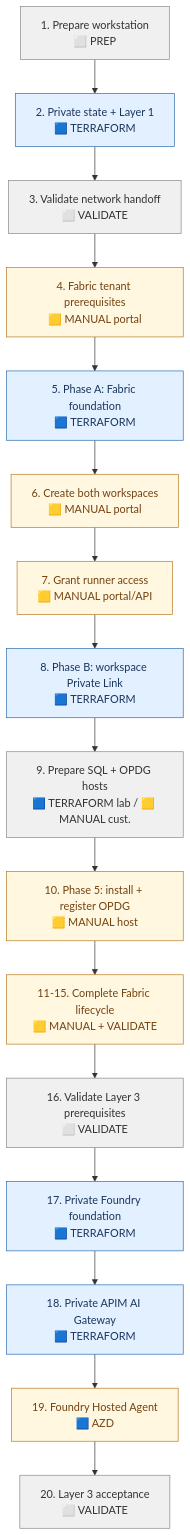
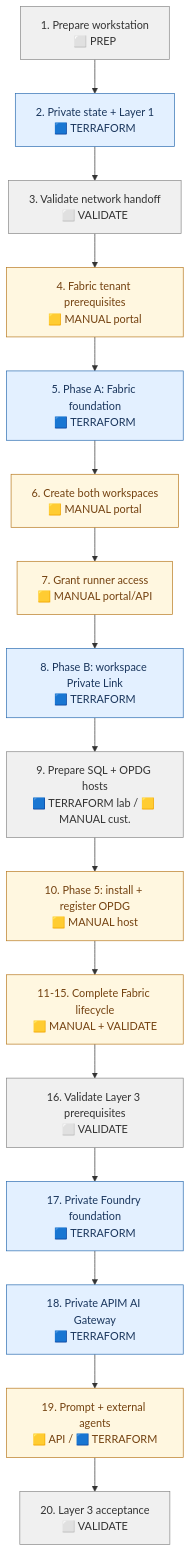
Before and after one commit to roie9876/Fabric-LZ: the diagram in DEPLOYMENT-GUIDE.md, drawn with Mermaid. The commit also changed other lines of this file and 27 other files, not shown here.

Commit message:
Add Fabric-grounded Foundry agents

````diff
--- a/DEPLOYMENT-GUIDE.md
+++ b/DEPLOYMENT-GUIDE.md
@@ -186,29 +188,29 @@
 ```mermaid
 flowchart TD
     S1["1. Prepare workstation<br/>⬜ PREP"] --> S2["2. Private state + Layer 1<br/>🟦 TERRAFORM"]
     S2 --> S3["3. Validate network handoff<br/>⬜ VALIDATE"]
     S3 --> S4["4. Fabric tenant prerequisites<br/>🟨 MANUAL portal"]
     S4 --> S5["5. Phase A: Fabric foundation<br/>🟦 TERRAFORM"]
     S5 --> S6["6. Create both workspaces<br/>🟨 MANUAL portal"]
     S6 --> S7["7. Grant runner access<br/>🟨 MANUAL portal/API"]
     S7 --> S8["8. Phase B: workspace Private Link<br/>🟦 TERRAFORM"]
     S8 --> S9["9. Prepare SQL + OPDG hosts<br/>🟦 TERRAFORM lab / 🟨 MANUAL cust."]
     S9 --> S10["10. Phase 5: install + register OPDG<br/>🟨 MANUAL host"]
     S10 --> S11["11-15. Complete Fabric lifecycle<br/>🟨 MANUAL + VALIDATE"]
     S11 --> S16["16. Validate Layer 3 prerequisites<br/>⬜ VALIDATE"]
     S16 --> S17["17. Private Foundry foundation<br/>🟦 TERRAFORM"]
     S17 --> S18["18. Private APIM AI Gateway<br/>🟦 TERRAFORM"]
-    S18 --> S19["19. Foundry Hosted Agent<br/>🟦 AZD"]
+    S18 --> S19["19. Prompt + external agents<br/>🟨 API / 🟦 TERRAFORM"]
     S19 --> S20["20. Layer 3 acceptance<br/>⬜ VALIDATE"]
 
     classDef tf fill:#e3f0ff,stroke:#2b6cb0,color:#1a365d;
     classDef manual fill:#fff7e0,stroke:#b7791f,color:#744210;
     classDef prep fill:#f0f0f0,stroke:#888,color:#333;
     classDef blocked fill:#fde8e8,stroke:#c53030,color:#742a2a;
     class S2,S5,S8 tf;
     class S4,S6,S7,S10,S11 manual;
     class S1,S3,S9 prep;
     class S17,S18 tf;
     class S16,S20 prep;
     class S19 manual;
 ```
````
